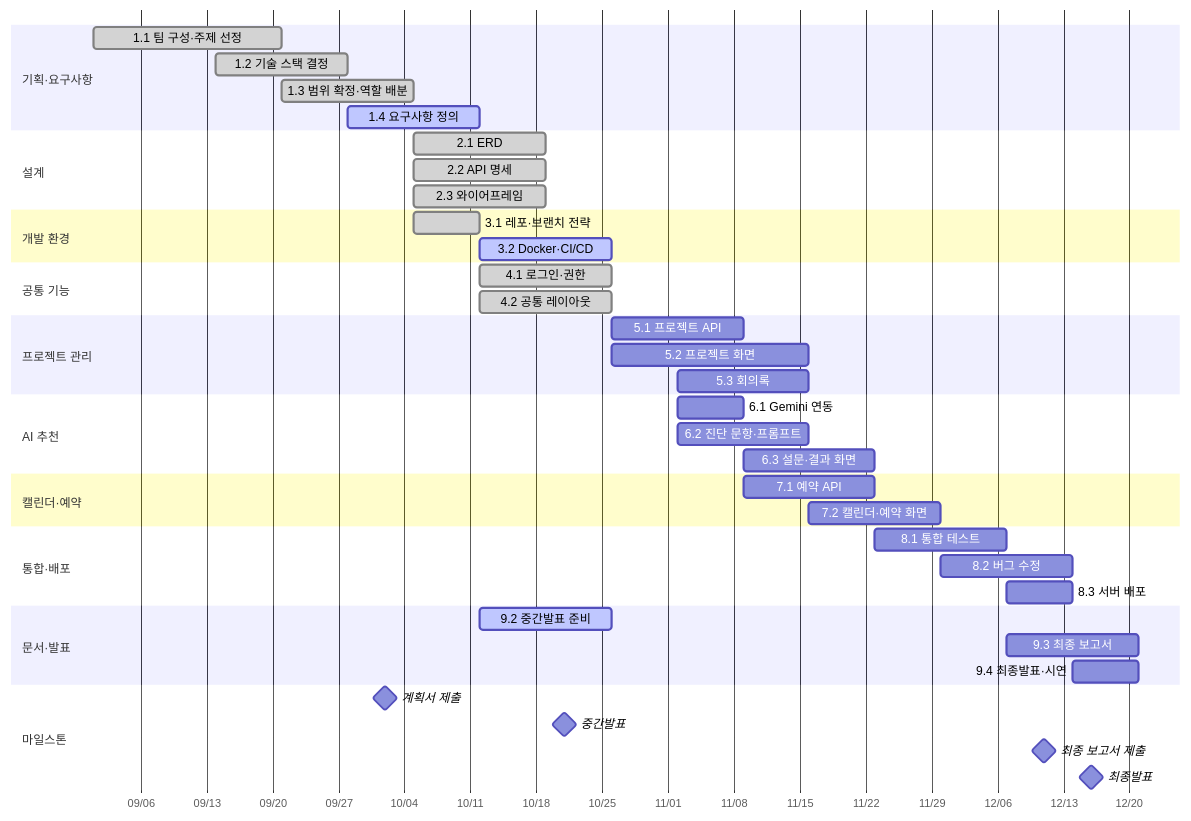
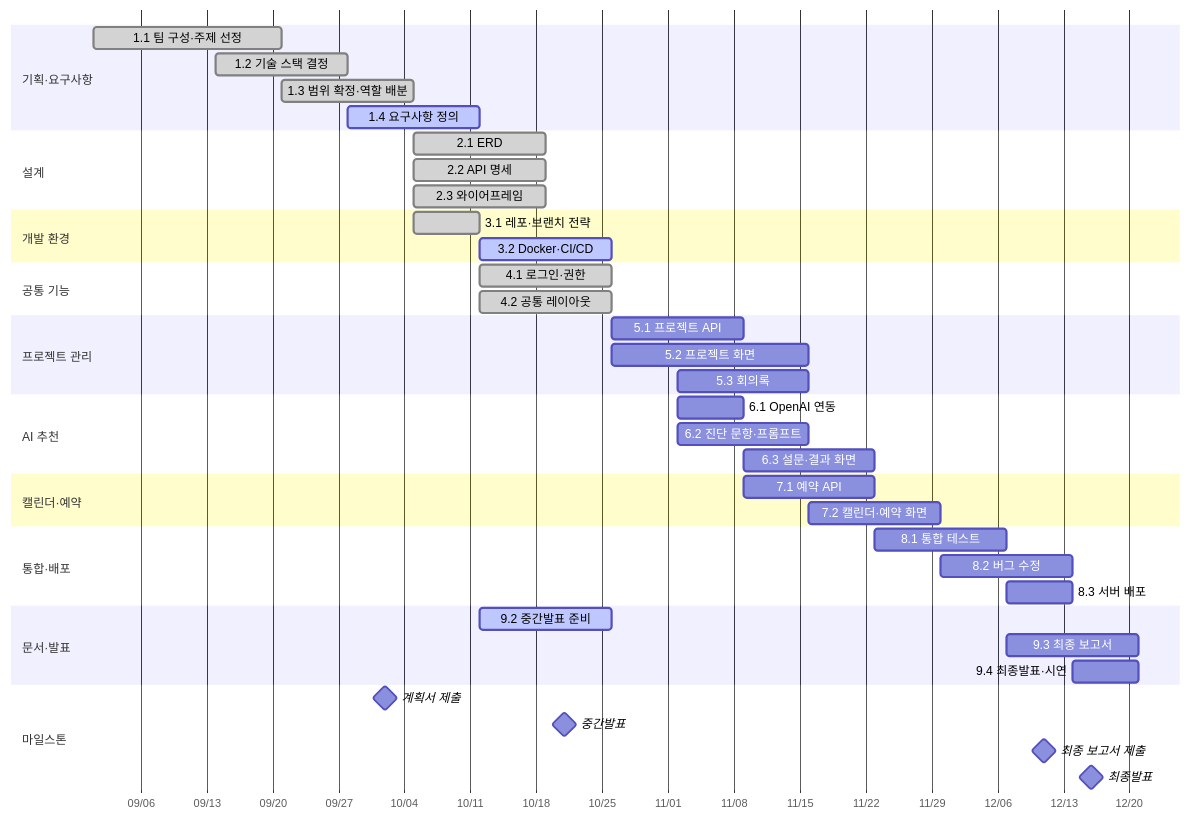
One commit to Opal1031/PKNU_SE_CERT-IS_Scheduler changed the first of 2 diagrams in README.md. Above: the diagram before and after it, drawn with Mermaid. The commit also changed other lines of this file and 12 other files, not shown here.

````diff
--- a/README.md
+++ b/README.md
@@ -55,46 +55,46 @@
 ```mermaid
 gantt
     dateFormat YYYY-MM-DD
     axisFormat %m/%d
     tickInterval 1week
 
     section 기획·요구사항
     1.1 팀 구성·주제 선정 :done, t11, 2026-09-01, 2026-09-21
     1.2 기술 스택 결정 :done, t12, 2026-09-14, 2026-09-28
     1.3 범위 확정·역할 배분 :done, t13, 2026-09-21, 2026-10-05
     1.4 요구사항 정의 :active, t14, 2026-09-28, 2026-10-12
     section 설계
     2.1 ERD :done, t21, 2026-10-05, 2026-10-19
     2.2 API 명세 :done, t22, 2026-10-05, 2026-10-19
     2.3 와이어프레임 :done, t23, 2026-10-05, 2026-10-19
     section 개발 환경
     3.1 레포·브랜치 전략 :done, t31, 2026-10-05, 2026-10-12
     3.2 Docker·CI/CD :active, t32, 2026-10-12, 2026-10-26
     section 공통 기능
     4.1 로그인·권한 :done, t41, 2026-10-12, 2026-10-26
     4.2 공통 레이아웃 :done, t42, 2026-10-12, 2026-10-26
     section 프로젝트 관리
     5.1 프로젝트 API :t51, 2026-10-26, 2026-11-09
     5.2 프로젝트 화면 :t52, 2026-10-26, 2026-11-16
     5.3 회의록 :t53, 2026-11-02, 2026-11-16
     section AI 추천
-    6.1 Gemini 연동 :t61, 2026-11-02, 2026-11-09
+    6.1 OpenAI 연동 :t61, 2026-11-02, 2026-11-09
     6.2 진단 문항·프롬프트 :t62, 2026-11-02, 2026-11-16
     6.3 설문·결과 화면 :t63, 2026-11-09, 2026-11-23
     section 캘린더·예약
     7.1 예약 API :t71, 2026-11-09, 2026-11-23
     7.2 캘린더·예약 화면 :t72, 2026-11-16, 2026-11-30
     section 통합·배포
     8.1 통합 테스트 :t81, 2026-11-23, 2026-12-07
     8.2 버그 수정 :t82, 2026-11-30, 2026-12-14
     8.3 서버 배포 :t83, 2026-12-07, 2026-12-14
     section 문서·발표
     9.2 중간발표 준비 :active, t92, 2026-10-12, 2026-10-26
     9.3 최종 보고서 :t93, 2026-12-07, 2026-12-21
     9.4 최종발표·시연 :t94, 2026-12-14, 2026-12-21
     section 마일스톤
     계획서 제출 :milestone, m1, 2026-10-02, 0d
     중간발표 :milestone, m2, 2026-10-21, 0d
     최종 보고서 제출 :milestone, m3, 2026-12-11, 0d
     최종발표 :milestone, m4, 2026-12-16, 0d
 ```
````
